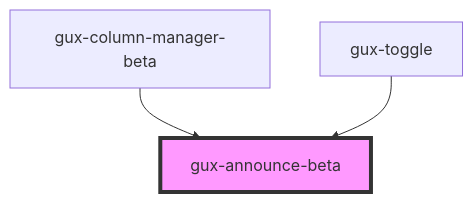
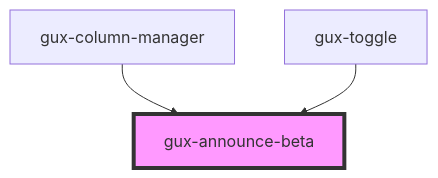
Before and after one commit to MyPureCloud/genesys-spark: the diagram in packages/genesys-spark-components/src/components/beta/gux-announce/readme.md, drawn with Mermaid. The commit also changed other lines of this file and 20 other files, not shown here.

First line of the commit message:
refactor(column-manager): moved from beta to stable

````diff
--- a/packages/genesys-spark-components/src/components/beta/gux-announce/readme.md
+++ b/packages/genesys-spark-components/src/components/beta/gux-announce/readme.md
@@ -40,6 +40,6 @@
 ```mermaid
 graph TD;
-  gux-column-manager-beta --> gux-announce-beta
+  gux-column-manager --> gux-announce-beta
   gux-toggle --> gux-announce-beta
   style gux-announce-beta fill:#f9f,stroke:#333,stroke-width:4px
 ```
````
